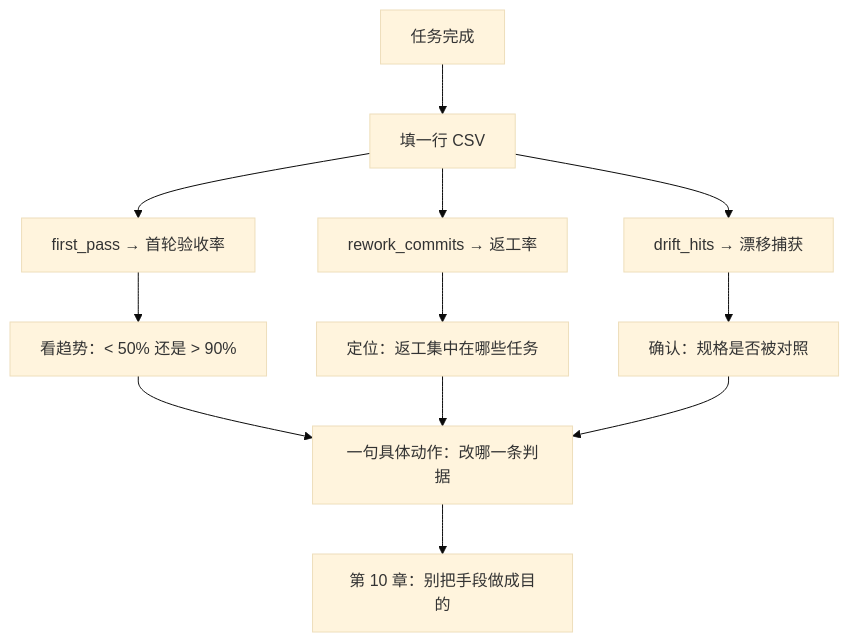
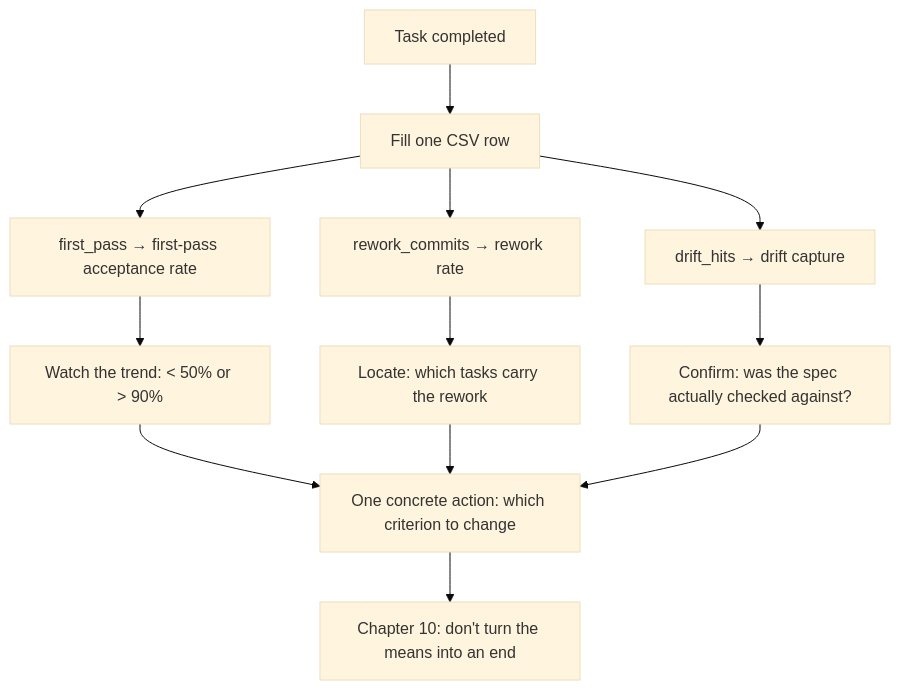
Before and after one commit to xzlxiao/vibe-coding-textbook: the diagram in phase2/chapters/ch09-metrics.md, drawn with Mermaid (base theme). The commit also changed other lines of this file and 15 other files, not shown here.

````diff
--- a/phase2/chapters/ch09-metrics.md
+++ b/phase2/chapters/ch09-metrics.md
@@ -227,14 +227,14 @@
 ```mermaid
 flowchart TD
-    A["任务完成"] --> B["填一行 CSV"]
-    B --> C1["first_pass → 首轮验收率"]
-    B --> C2["rework_commits → 返工率"]
-    B --> C3["drift_hits → 漂移捕获"]
-    C1 --> D["看趋势：< 50% 还是 > 90%"]
-    C2 --> E["定位：返工集中在哪些任务"]
-    C3 --> F["确认：规格是否被对照"]
-    D --> G["一句具体动作：改哪一条判据"]
+    A["Task completed"] --> B["Fill one CSV row"]
+    B --> C1["first_pass → first-pass acceptance rate"]
+    B --> C2["rework_commits → rework rate"]
+    B --> C3["drift_hits → drift capture"]
+    C1 --> D["Watch the trend: < 50% or > 90%"]
+    C2 --> E["Locate: which tasks carry the rework"]
+    C3 --> F["Confirm: was the spec actually checked against?"]
+    D --> G["One concrete action: which criterion to change"]
     E --> G
     F --> G
-    G --> H["第 10 章：别把手段做成目的"]
+    G --> H["Chapter 10: don't turn the means into an end"]
 ```
````
